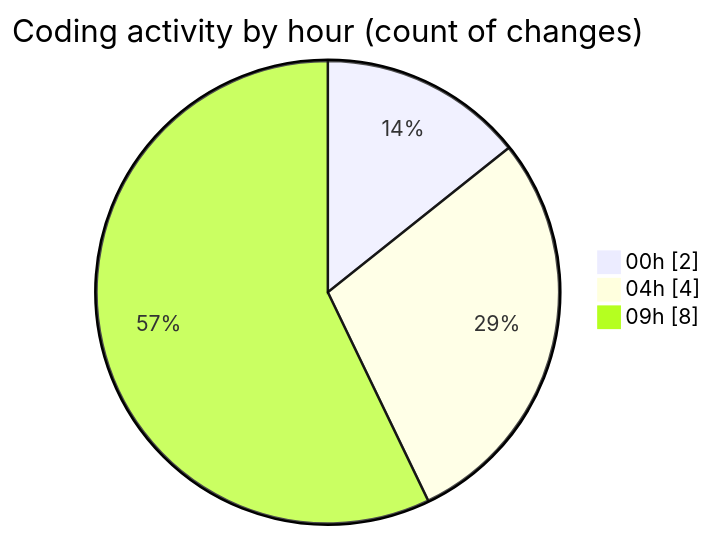
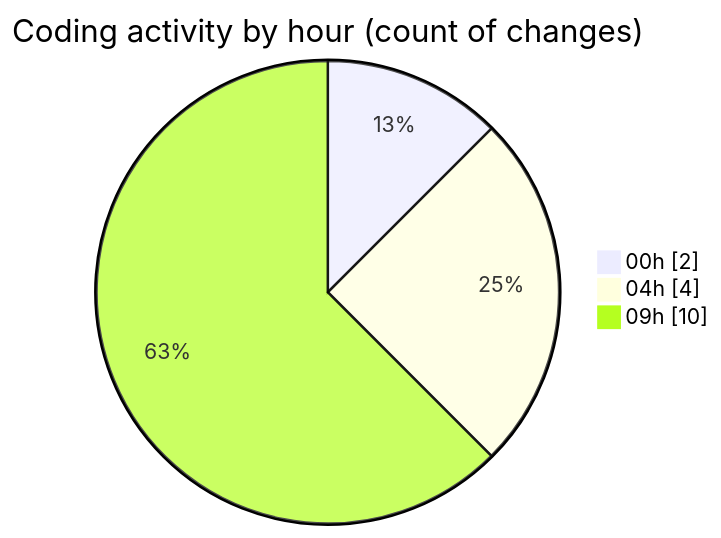
Before and after one commit to julien-gomy/code-tracking: the second of 2 diagrams in 2025-10-28/eventscop-frontend-guide__workspace_/README.md, drawn with Mermaid. The commit also changed other lines of this file and 1 other file, not shown here.

````diff
--- a/2025-10-28/eventscop-frontend-guide__workspace_/README.md
+++ b/2025-10-28/eventscop-frontend-guide__workspace_/README.md
@@ -35,7 +36,7 @@
 ```mermaid
 pie showData
 title Coding activity by hour (count of changes)
 "00h" : 2
 "04h" : 4
-"09h" : 8
+"09h" : 10
 ```
````
